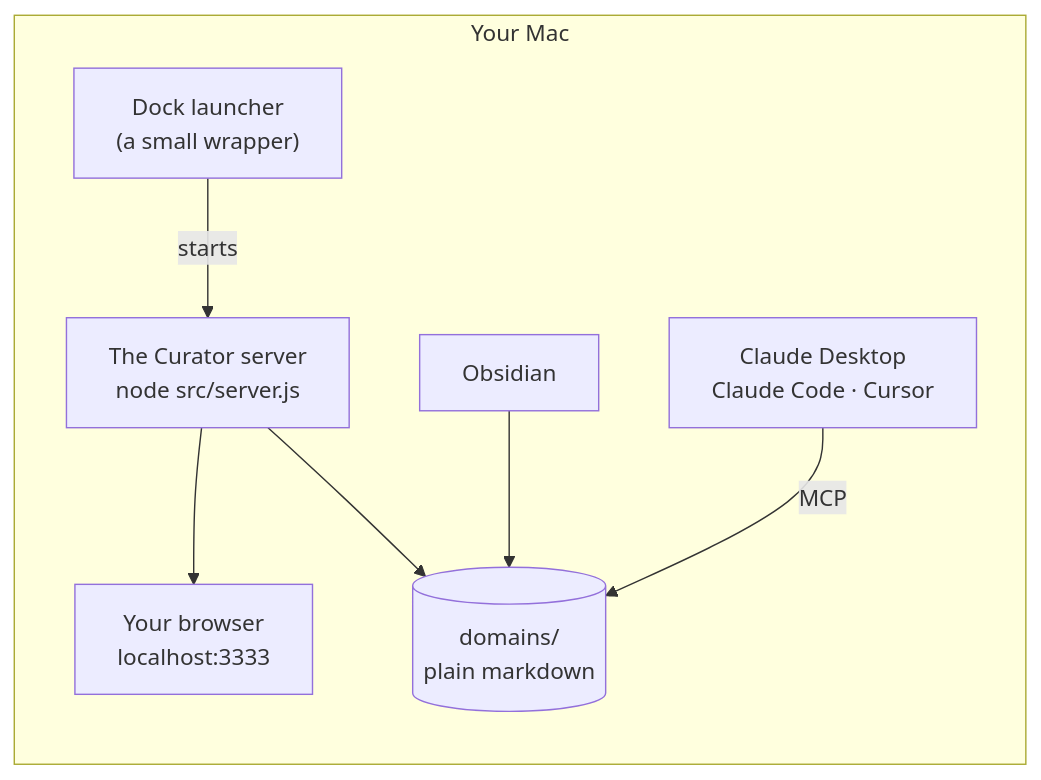
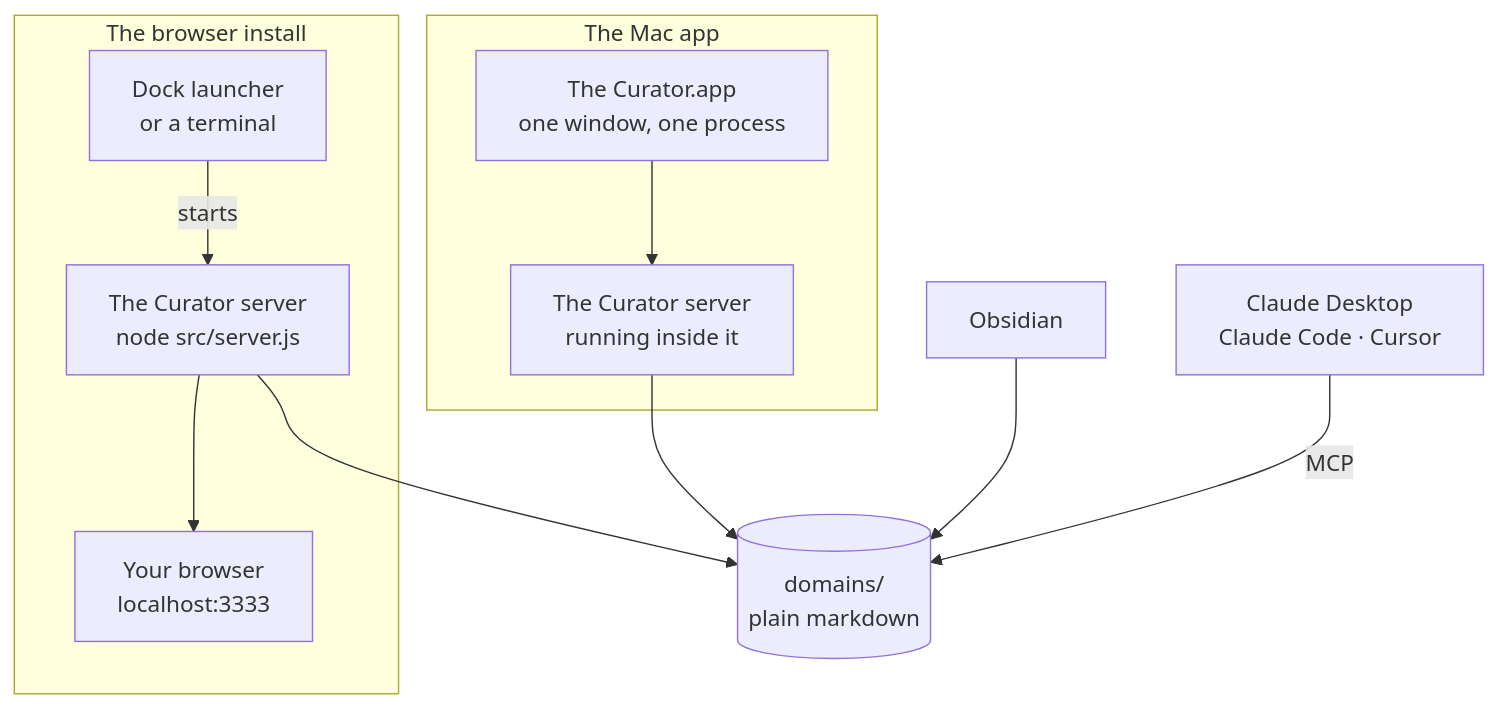
The third of 10 diagrams in docs/user-guide.md (talirezun/the-curator), drawn with Mermaid before and after one commit. The commit also changed other lines of this file and 5 other files, not shown here.

First line of the commit message:
User guide: the Mac app, and five screenshots that pass a privacy audit

````diff
--- a/docs/user-guide.md
+++ b/docs/user-guide.md
@@ -238,10 +285,14 @@
 ```mermaid
-flowchart LR
-    subgraph YOU["Your Mac"]
-        L["Dock launcher<br/>(a small wrapper)"] -->|starts| S["The Curator server<br/>node src/server.js"]
-        S --> B["Your browser<br/>localhost:3333"]
-        S --> D[("domains/<br/>plain markdown")]
-        O["Obsidian"] --> D
-        M["Claude Desktop<br/>Claude Code · Cursor"] -->|MCP| D
+flowchart TD
+    subgraph A["The Mac app"]
+        A1["The Curator.app<br/>one window, one process"] --> A2["The Curator server<br/>running inside it"]
     end
+    subgraph B["The browser install"]
+        B1["Dock launcher<br/>or a terminal"] -->|starts| B2["The Curator server<br/>node src/server.js"]
+        B2 --> B3["Your browser<br/>localhost:3333"]
+    end
+    A2 --> D[("domains/<br/>plain markdown")]
+    B2 --> D
+    O["Obsidian"] --> D
+    M["Claude Desktop<br/>Claude Code · Cursor"] -->|MCP| D
 ```
````
